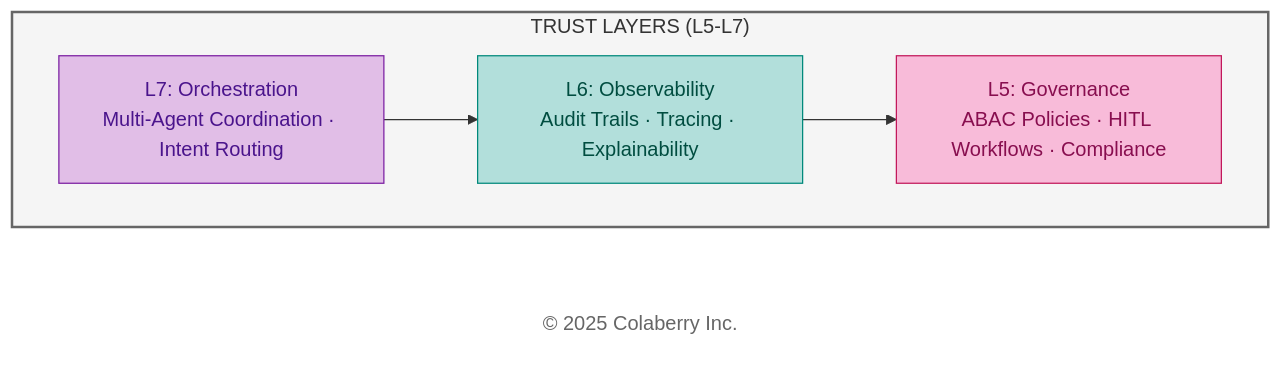
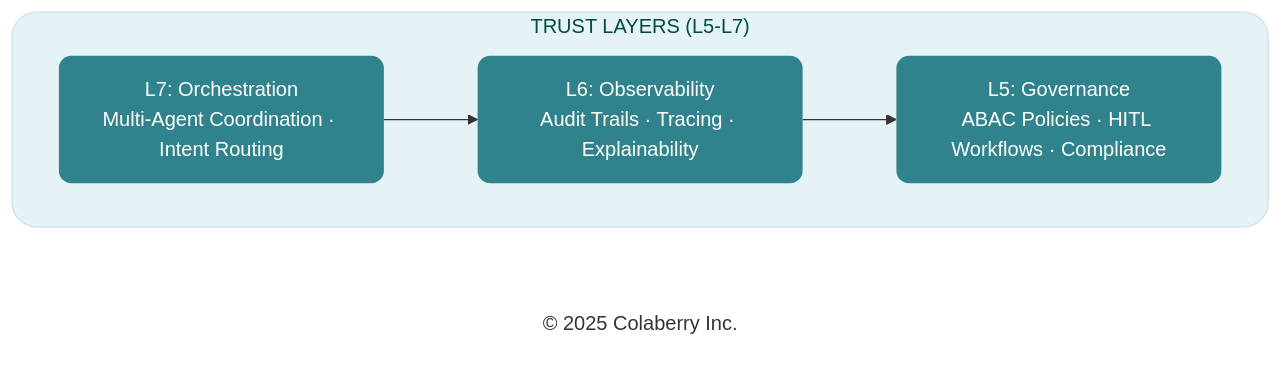
The fifth of 7 diagrams in manuscript/11_chapter_10_week_by_week_implementation.md (saitejesh-cyber/trust-before-intelligence-book), drawn with Mermaid before and after one commit. The commit also changed other lines of this file and 7 other files, not shown here.

Commit message:
Chapter 6to13: Updated mermaid diagrams based on new colaberry color code

````diff
--- a/manuscript/11_chapter_10_week_by_week_implementation.md
+++ b/manuscript/11_chapter_10_week_by_week_implementation.md
@@ -336,21 +336,21 @@
 ```mermaid
 
 graph LR
     subgraph TRUST["TRUST LAYERS (L5-L7)"]
         direction LR
         L7["L7: Orchestration<br/>Multi-Agent Coordination · Intent Routing"]
         L6["L6: Observability<br/>Audit Trails · Tracing · Explainability"]
         L5["L5: Governance<br/>ABAC Policies · HITL Workflows · Compliance"]
     end
     
     Copyright["© 2025 Colaberry Inc."]
     
     L7 --> L6 --> L5
     
-    style TRUST fill:#f5f5f5,stroke:#666666,stroke-width:2px,color:#333333
-    style L7 fill:#e1bee7,stroke:#7b1fa2,color:#4a148c
-    style L6 fill:#b2dfdb,stroke:#00897b,color:#004d40
-    style L5 fill:#f8bbd9,stroke:#c2185b,color:#880e4f
-    style Copyright fill:#ffffff,stroke:none,color:#666666
+    style TRUST fill:#e6f3f6,stroke:#c7e3ea,stroke-width:1px,color:#004d40,rx:20,ry:20
+    style L7 fill:#30838C,stroke:none,color:#ffffff,rx:10,ry:10
+    style L6 fill:#30838C,stroke:none,color:#ffffff,rx:10,ry:10
+    style L5 fill:#30838C,stroke:none,color:#ffffff,rx:10,ry:10
+    style Copyright fill:none,stroke:none,color:#333333
 
 ```
````
